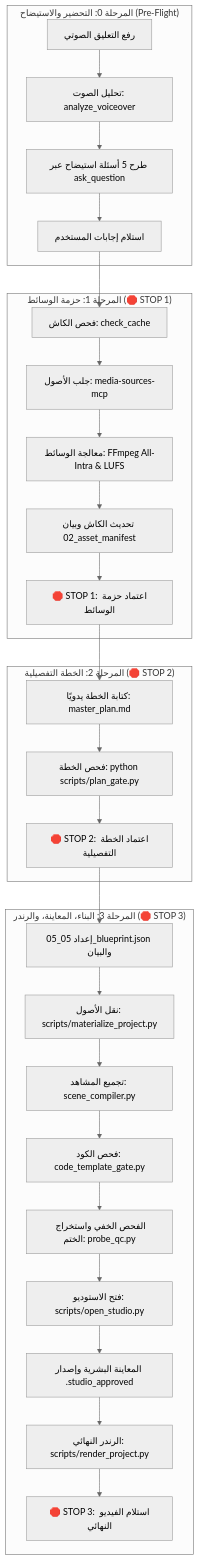
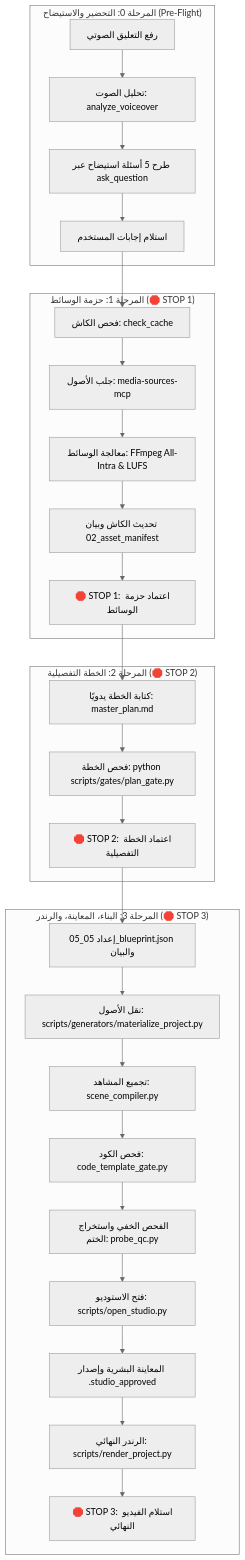
One commit to m2menqawsh-maker/motion changed the diagram in .remediation/quarantine/documentation/PROJECT_AUDIT_REPORT.md. Above: the diagram before and after it, drawn with Mermaid (neutral theme). The commit also changed other lines of this file and 319 other files, not shown here.

````diff
--- a/.remediation/quarantine/documentation/PROJECT_AUDIT_REPORT.md
+++ b/.remediation/quarantine/documentation/PROJECT_AUDIT_REPORT.md
@@ -118,34 +118,34 @@
 ```mermaid
 flowchart TD
     subgraph PreFlight ["المرحلة 0: التحضير والاستيضاح (Pre-Flight)"]
         VO[رفع التعليق الصوتي] --> VO_Analyze[تحليل الصوت: analyze_voiceover]
         VO_Analyze --> AskQ[طرح 5 أسئلة استيضاح عبر ask_question]
         AskQ --> UserAnswers[استلام إجابات المستخدم]
     end
 
     subgraph Phase1 ["المرحلة 1: حزمة الوسائط (🛑 STOP 1)"]
         UserAnswers --> CacheCheck[فحص الكاش: check_cache]
         CacheCheck --> FetchMCP[جلب الأصول: media-sources-mcp]
         FetchMCP --> FFmpegProc[معالجة الوسائط: FFmpeg All-Intra & LUFS]
         FFmpegProc --> SaveCache[تحديث الكاش وبيان 02_asset_manifest]
         SaveCache --> Stop1[🛑 STOP 1: اعتماد حزمة الوسائط]
     end
 
     subgraph Phase2 ["المرحلة 2: الخطة التفصيلية (🛑 STOP 2)"]
         Stop1 --> HumanPlan[كتابة الخطة يدويًا: master_plan.md]
-        HumanPlan --> PlanGate[فحص الخطة: python scripts/plan_gate.py]
+        HumanPlan --> PlanGate[فحص الخطة: python scripts/gates/plan_gate.py]
         PlanGate --> Stop2[🛑 STOP 2: اعتماد الخطة التفصيلية]
     end
 
     subgraph Phase3 ["المرحلة 3: البناء، المعاينة، والرندر (🛑 STOP 3)"]
         Stop2 --> GenJSON[إعداد 05_05_blueprint.json والبيان]
-        GenJSON --> Materialize[نقل الأصول: scripts/materialize_project.py]
+        GenJSON --> Materialize[نقل الأصول: scripts/generators/materialize_project.py]
         Materialize --> Compile[تجميع المشاهد: scene_compiler.py]
         Compile --> ASTGate[فحص الكود: code_template_gate.py]
         ASTGate --> ProbeQC[الفحص الخفي واستخراج الختم: probe_qc.py]
         ProbeQC --> OpenStudio[فتح الاستوديو: scripts/open_studio.py]
         OpenStudio --> UserApprove[المعاينة البشرية وإصدار .studio_approved]
         UserApprove --> Render[الرندر النهائي: scripts/render_project.py]
         Render --> Stop3[🛑 STOP 3: استلام الفيديو النهائي]
     end
 ```
````
